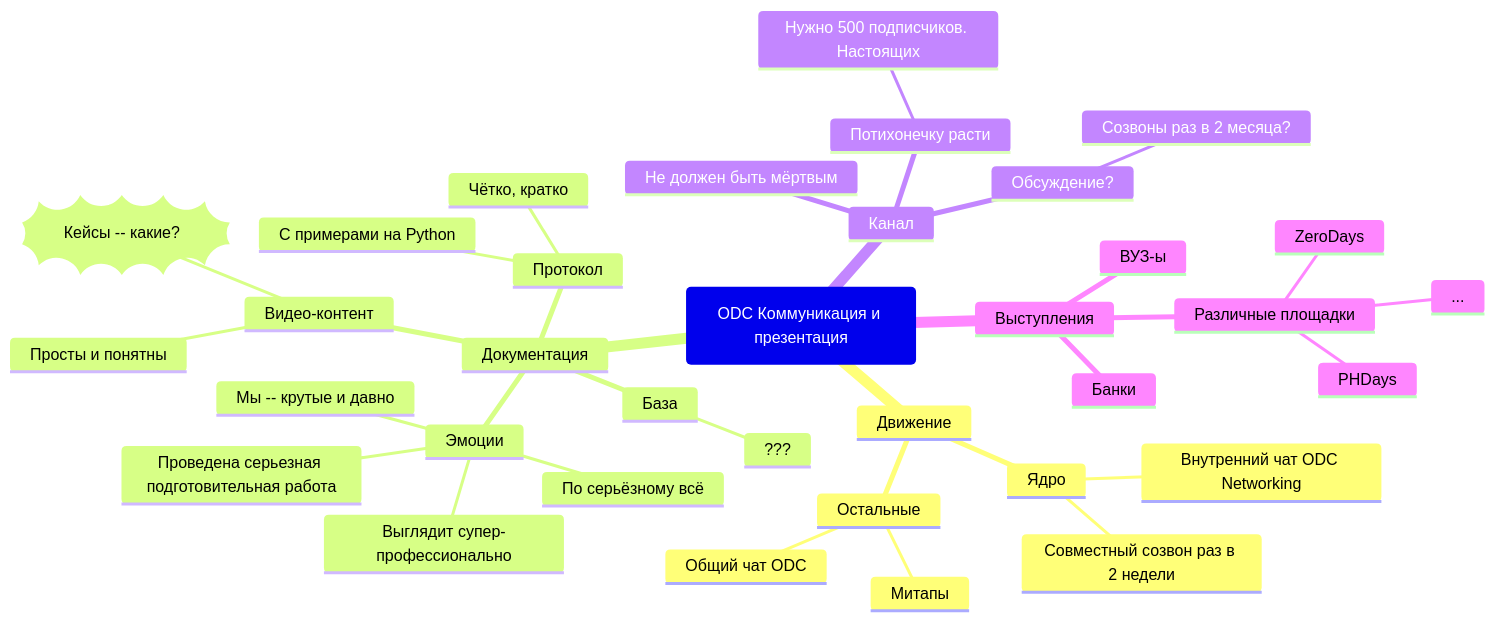
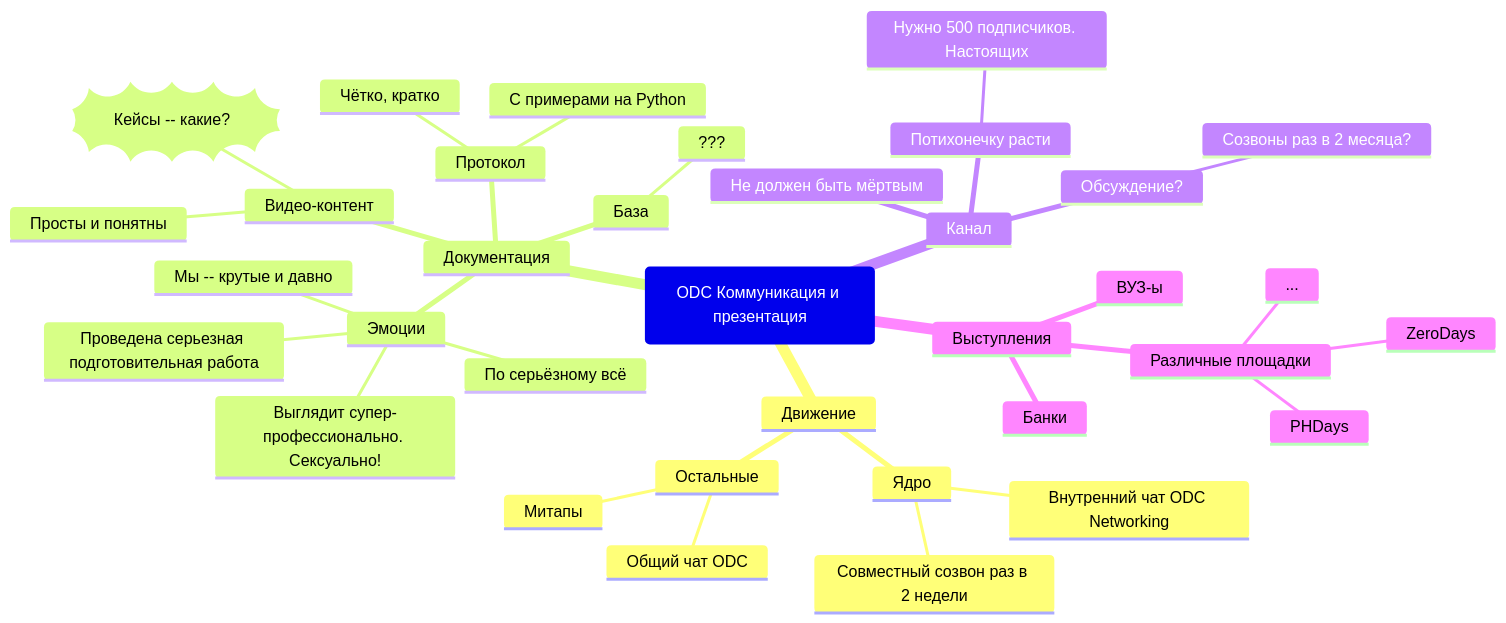
Before and after one commit to kib-sources/odc-doc: the second of 3 diagrams in docs/mindmap.md, drawn with Mermaid. The commit also changed other lines of this file and 1 other file, not shown here.

````diff
--- a/docs/mindmap.md
+++ b/docs/mindmap.md
@@ -56,38 +56,38 @@
 ```mermaid
 mindmap
   root(ODC Коммуникация и презентация)
     Движение
         Ядро
             Внутренний чат ODC Networking
             Совместный созвон раз в 2 недели
         Остальные
             Общий чат ODC
             Митапы
     Документация
         Эмоции
             По серьёзному всё
             Проведена серьезная подготовительная работа
-            Выглядит супер-профессионально
+            Выглядит супер-профессионально. Сексуально!
             Мы -- крутые и давно
         Видео-контент
             Просты и понятны
             ))Кейсы -- какие?((
         Протокол
             Чётко, кратко
             С примерами на Python
         База
             ???
     Канал
         Не должен быть мёртвым
         Потихонечку расти
             Нужно 500 подписчиков. Настоящих
         Обсуждение?
             Созвоны раз в 2 месяца?
     Выступления
         ВУЗ-ы
         Банки
         Различные площадки
             PHDays
             ZeroDays
             ...
 ```
````
